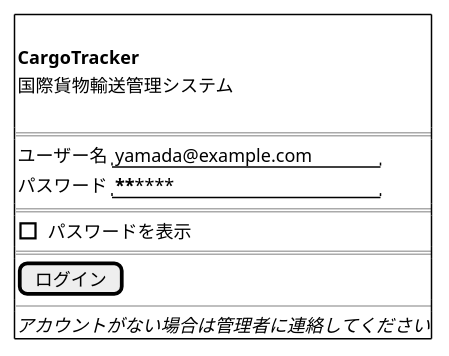
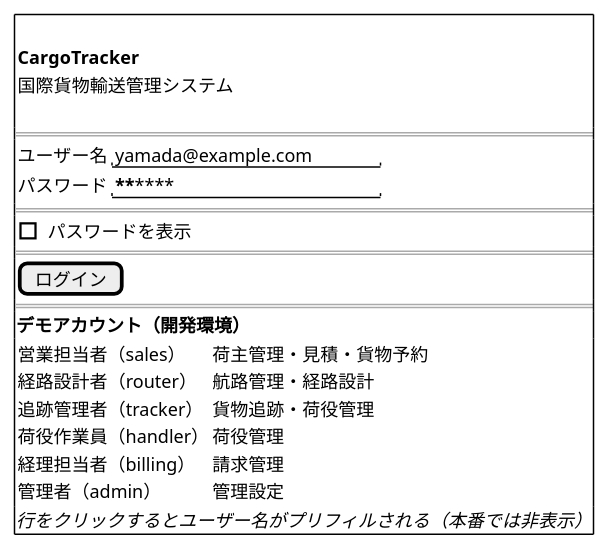
The third of 25 diagrams in docs/design/ui_design.md (k2works/case-study-cargo-tracker), drawn with PlantUML before and after one commit. The commit also changed 5 other files, not shown here.

````diff
--- a/docs/design/ui_design.md
+++ b/docs/design/ui_design.md
@@ -369,25 +369,34 @@
 ```plantuml
 @startsalt
 {+
   {
     .
     <b>CargoTracker</b>
     国際貨物輸送管理システム
     .
   }
   ==
   {
     ユーザー名  | "yamada@example.com    "
     パスワード  | "**************        "
   }
   ==
   {
     [] パスワードを表示
   }
   ==
   [  ログイン  ]
-  --
-  <i>アカウントがない場合は管理者に連絡してください</i>
+  ==
+  <b>デモアカウント（開発環境）</b>
+  {
+    営業担当者（sales）      | 荷主管理・見積・貨物予約
+    経路設計者（router）     | 航路管理・経路設計
+    追跡管理者（tracker）    | 貨物追跡・荷役管理
+    荷役作業員（handler）    | 荷役管理
+    経理担当者（billing）    | 請求管理
+    管理者（admin）          | 管理設定
+  }
+  <i>行をクリックするとユーザー名がプリフィルされる（本番では非表示）</i>
 }
 @endsalt
 ```
````
